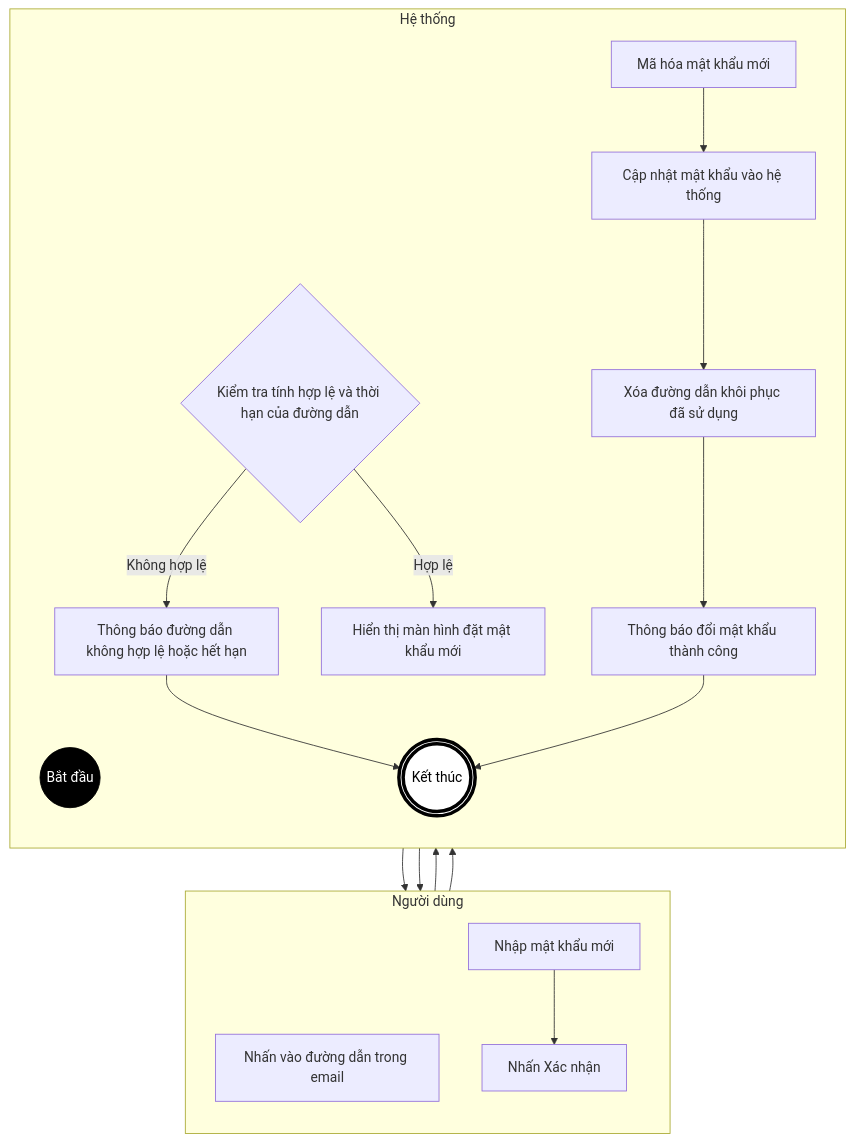
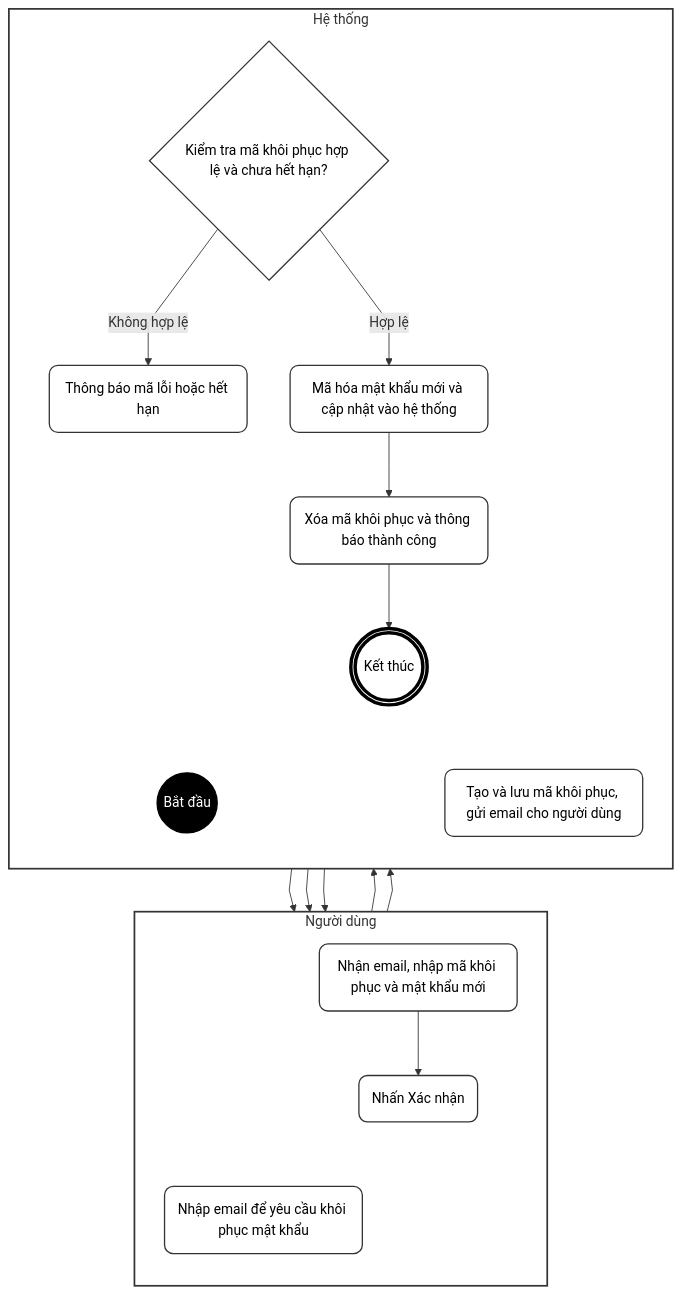
The fifth of 9 diagrams in doc/system_analysis/activity diagram/08a_activity_auth_profile.md (ChuDucAnh21/BE-quan-ly-su-kien), drawn with Mermaid before and after one commit. The commit also changed other lines of this file and 26 other files, not shown here.

````diff
--- a/doc/system_analysis/activity diagram/08a_activity_auth_profile.md
+++ b/doc/system_analysis/activity diagram/08a_activity_auth_profile.md
@@ -222,39 +261,53 @@
 ```mermaid
+%%{init: {"flowchart": {"curve": "linear"}}}%%
 flowchart TD
+    classDef default fill:#fff,stroke:#333,stroke-width:1.5px,color:#000,rx:10px,ry:10px;
     classDef startNode fill:#000,stroke:#000,color:#fff;
     classDef endNode fill:#fff,stroke:#000,stroke-width:4px,color:#000;
+    classDef hidden fill:none,stroke:none,color:none;
 
     subgraph TacNhan [Người dùng]
         direction TB
-        A[Nhấn vào đường dẫn trong email]
-        B[Nhập mật khẩu mới]
-        C[Nhấn Xác nhận]
+        T_start(" "):::hidden
+        A(Nhập email để yêu cầu khôi phục mật khẩu)
+        B(Nhận email, nhập mã khôi phục và mật khẩu mới)
+        C(Nhấn Xác nhận)
+        T_end(" "):::hidden
     end
 
     subgraph HeThong [Hệ thống]
         direction TB
+        H_start(" "):::hidden
         Start((Bắt đầu)):::startNode
-        D{Kiểm tra tính hợp lệ và thời hạn của đường dẫn}
-        E[Thông báo đường dẫn không hợp lệ hoặc hết hạn]
-        F[Hiển thị màn hình đặt mật khẩu mới]
-        G[Mã hóa mật khẩu mới]
-        H[Cập nhật mật khẩu vào hệ thống]
-        I[Xóa đường dẫn khôi phục đã sử dụng]
-        J[Thông báo đổi mật khẩu thành công]
+        D(Tạo và lưu mã khôi phục, gửi email cho người dùng)
+        E{Kiểm tra mã khôi phục hợp lệ và chưa hết hạn?}
+        F(Thông báo mã lỗi hoặc hết hạn)
+        G(Mã hóa mật khẩu mới và cập nhật vào hệ thống)
+        H(Xóa mã khôi phục và thông báo thành công)
         End(((Kết thúc))):::endNode
+        H_end(" "):::hidden
     end
+
+    T_start ~~~ H_start
+    T_end ~~~ H_end
+
+    T_start ~~~ A
+    C ~~~ T_end
+
+    H_start ~~~ Start
+    End ~~~ H_end
 
     Start --> A
     A --> D
-    D -- Không hợp lệ --> E
-    E --> End
-    
-    D -- Hợp lệ --> F
+    D --> B
+    B --> C
+    C --> E
+    E -- Không hợp lệ --> F
     F --> B
-    B --> C
-    C --> G
+    E -- Hợp lệ --> G
     G --> H
-    H --> I
-    I --> J
-    J --> End
+    H --> End
+
+    style TacNhan fill:#fff,stroke:#333,stroke-width:2px
+    style HeThong fill:#fff,stroke:#333,stroke-width:2px
 ```
````
